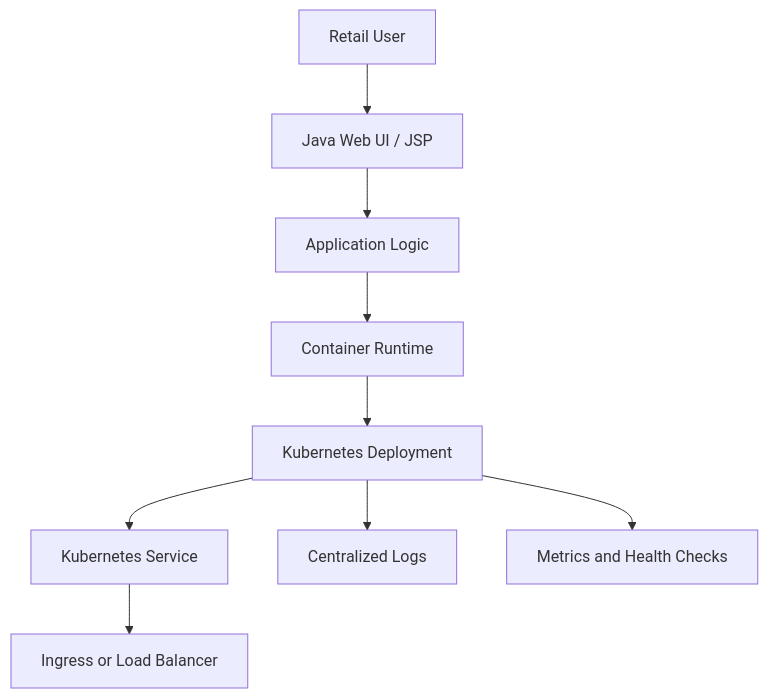
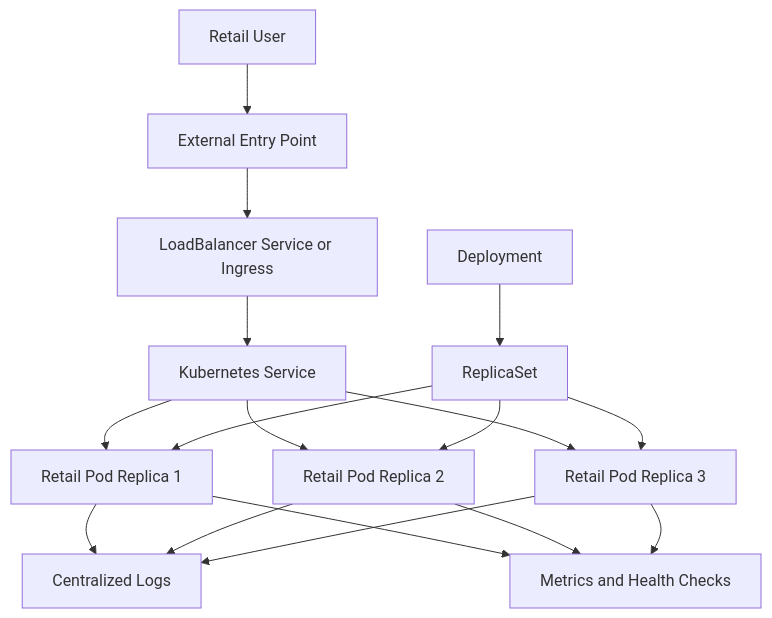
Before and after one commit to rohanpurohit7/IndustryGradeProject1: the first of 5 diagrams in docs/ARCHITECTURE.md, drawn with Mermaid. The commit also changed other lines of this file, not shown here.

Commit message:
docs: clarify Kubernetes replicas, pods, services, and load balancing

````diff
--- a/docs/ARCHITECTURE.md
+++ b/docs/ARCHITECTURE.md
@@ -5,11 +5,19 @@
 ```mermaid
 flowchart TB
-    U[Retail User] --> W[Java Web UI / JSP]
-    W --> A[Application Logic]
-    A --> C[Container Runtime]
-    C --> K[Kubernetes Deployment]
-    K --> S[Kubernetes Service]
-    S --> I[Ingress or Load Balancer]
-    K --> L[Centralized Logs]
-    K --> M[Metrics and Health Checks]
+    U[Retail User] --> E[External Entry Point]
+    E --> LB[LoadBalancer Service or Ingress]
+    LB --> S[Kubernetes Service]
+    S --> P1[Retail Pod Replica 1]
+    S --> P2[Retail Pod Replica 2]
+    S --> P3[Retail Pod Replica 3]
+    D[Deployment] --> RS[ReplicaSet]
+    RS --> P1
+    RS --> P2
+    RS --> P3
+    P1 --> L[Centralized Logs]
+    P2 --> L
+    P3 --> L
+    P1 --> M[Metrics and Health Checks]
+    P2 --> M
+    P3 --> M
 ```
````
